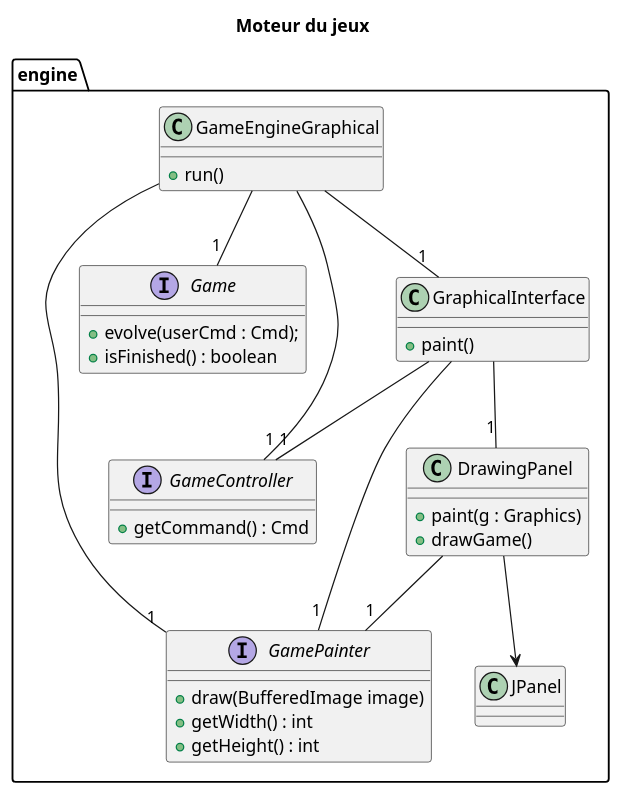
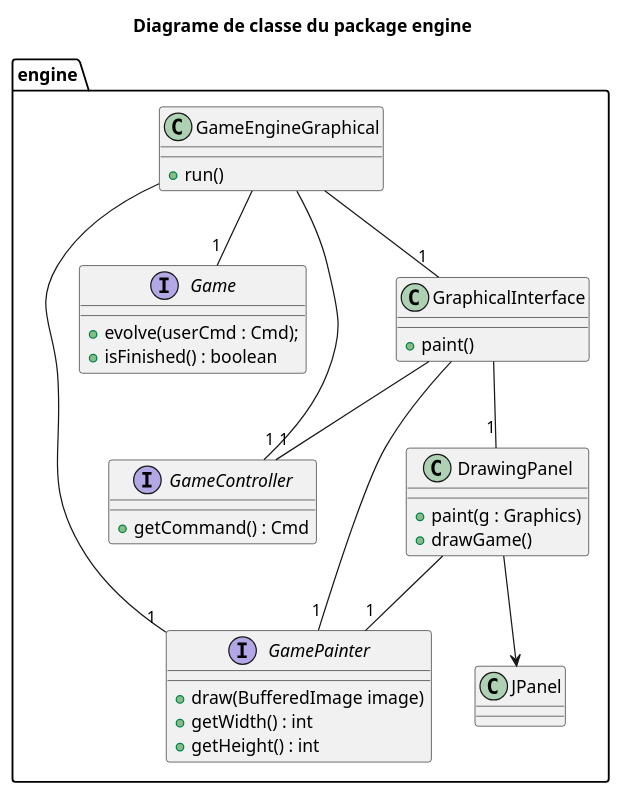
The diagram in conception/diag_classe_package_engine.plantuml (AntoineCourtil/CAD2018_Laraclette), drawn with PlantUML before and after one commit. The commit also changed 7 other files, not shown here.

```diff
--- a/conception/diag_classe_package_engine.plantuml
+++ b/conception/diag_classe_package_engine.plantuml
@@ -1,45 +1,47 @@
 @startuml
 
 title Moteur du jeux
+
+title Diagrame de classe du package engine
 
 package engine {
 
     class DrawingPanel {
         + paint(g : Graphics)
         + drawGame() 
     }
     DrawingPanel --> JPanel
     DrawingPanel --"1" GamePainter
 
     interface Game {
         + evolve(userCmd : Cmd);
         + isFinished() : boolean
     }
 
     interface GameController {
         + getCommand() : Cmd
     }
 
     interface GamePainter {
         + draw(BufferedImage image)
         + getWidth() : int
 	    + getHeight() : int
     }
 
     class GameEngineGraphical {
         + run()
     }
     GameEngineGraphical --"1" Game
     GameEngineGraphical --"1" GamePainter
     GameEngineGraphical --"1" GameController
     GameEngineGraphical --"1" GraphicalInterface
 
     class GraphicalInterface {
         + paint()
     }
     GraphicalInterface --"1" DrawingPanel
     GraphicalInterface --"1" GamePainter
     GraphicalInterface --"1" GameController   
 }
 
 @enduml
```
